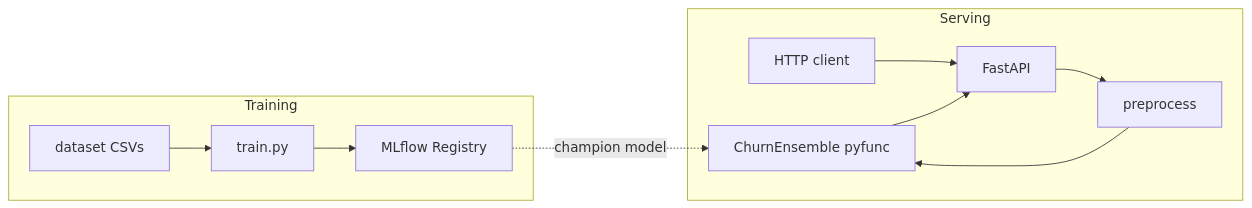
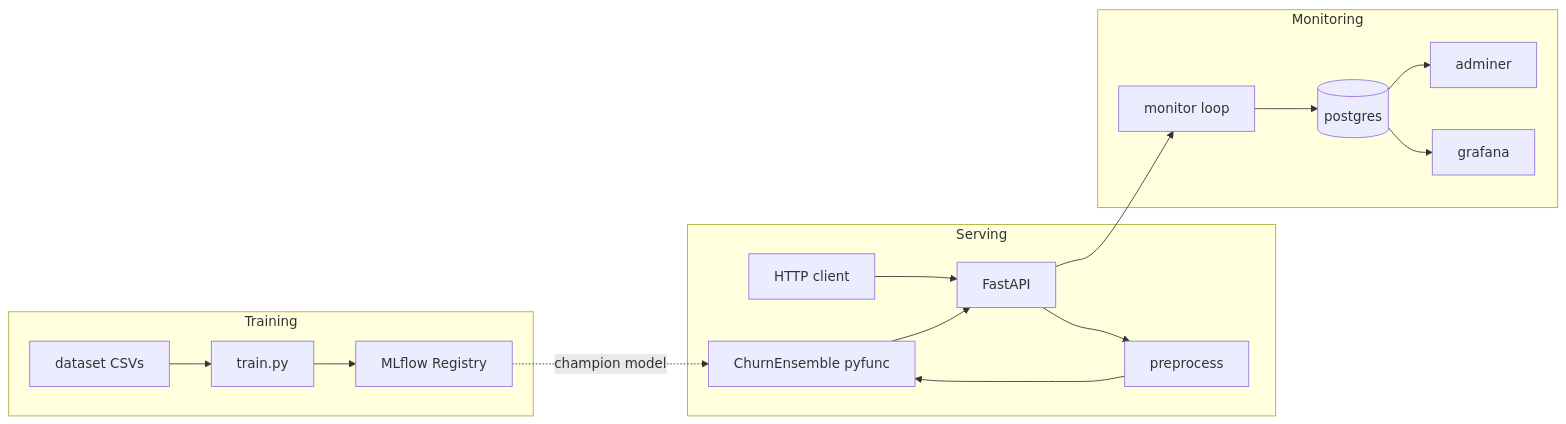
The diagram in README.md (DanYT2/MLOPS_HSLU_project), drawn with Mermaid before and after one commit. The commit also changed other lines of this file, not shown here.

First line of the commit message:
Update README.md to include monitoring services and Docker Compose details

````diff
--- a/README.md
+++ b/README.md
@@ -110,21 +116,31 @@
 ```mermaid
 flowchart LR
   subgraph training [Training]
     CSV[dataset CSVs]
     Train[train.py]
     Registry[MLflow Registry]
     CSV --> Train
     Train --> Registry
   end
   subgraph serving [Serving]
     Client[HTTP client]
     API[FastAPI]
     Pre[preprocess]
     Model[ChurnEnsemble pyfunc]
     Client --> API
     API --> Pre
     Pre --> Model
     Model --> API
   end
   Registry -.->|champion model| Model
+  subgraph monitoring [Monitoring]
+    Monitor[monitor loop]
+    PG[(postgres)]
+    Adminer[adminer]
+    Grafana[grafana]
+    Monitor --> PG
+    PG --> Adminer
+    PG --> Grafana
+  end
+  API --> Monitor
 ```
````
